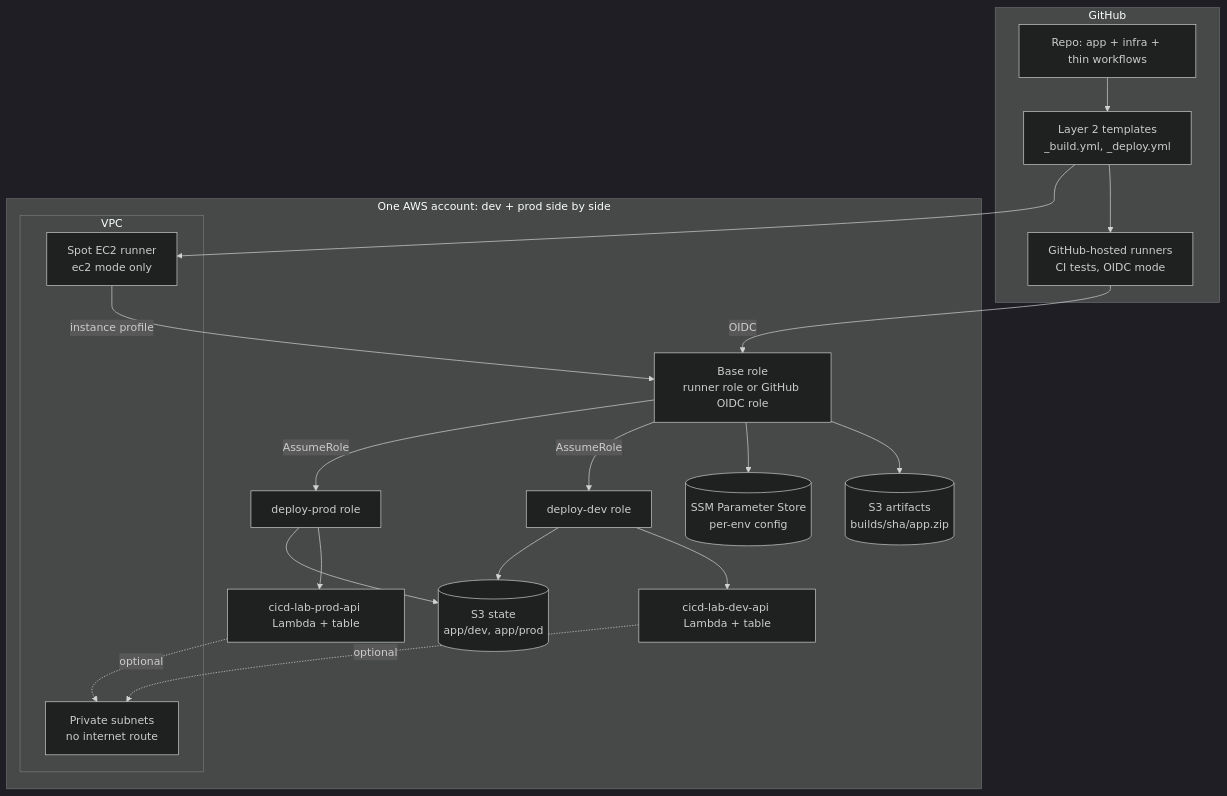
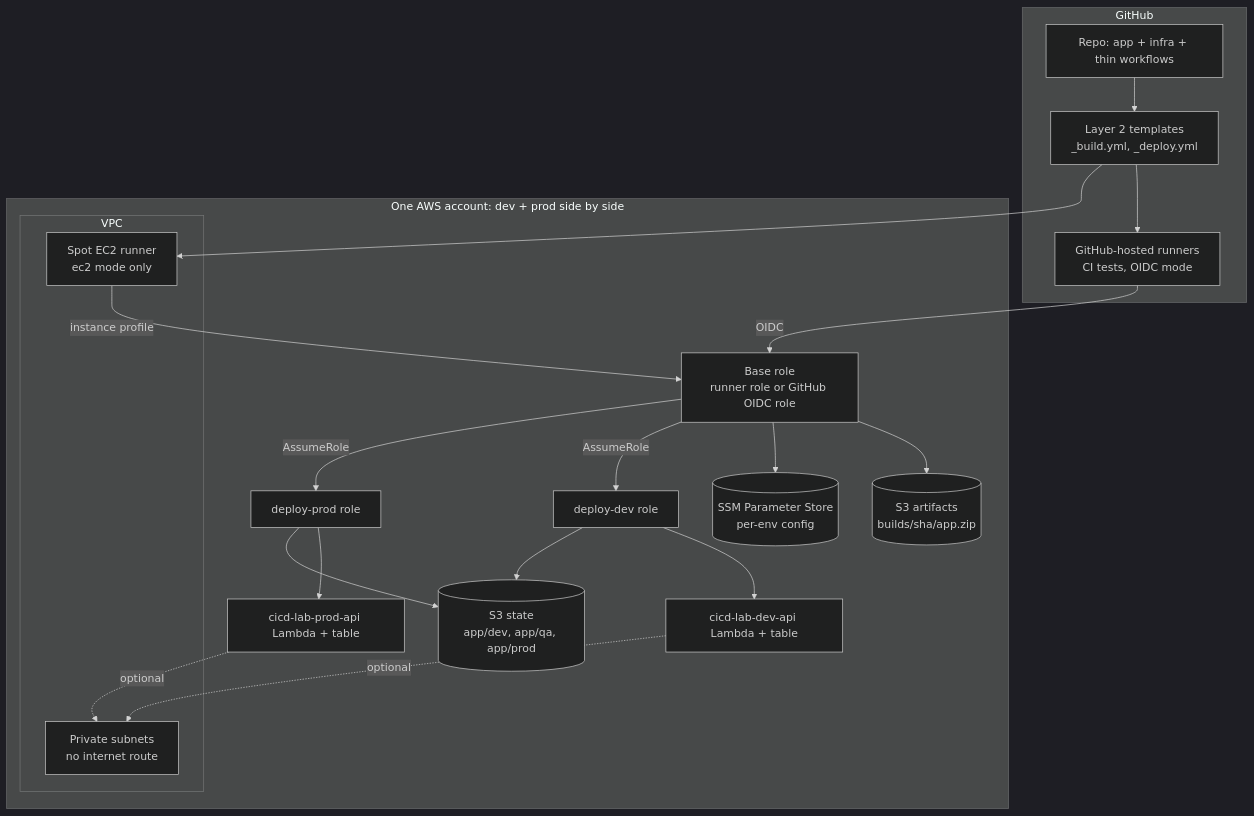
One commit to artyfartymarty/aws-cicd-pipeline changed the diagram in docs/vault/My pattern.md. Above: the diagram before and after it, drawn with Mermaid (dark theme). The commit also changed other lines of this file and 21 other files, not shown here.

````diff
--- a/docs/vault/My pattern.md
+++ b/docs/vault/My pattern.md
@@ -19,35 +19,35 @@
 ```mermaid
 flowchart TB
   subgraph GH[GitHub]
     repo[Repo: app + infra + thin workflows]
     tpl[Layer 2 templates<br/>_build.yml, _deploy.yml]
     ghr[GitHub-hosted runners<br/>CI tests, OIDC mode]
   end
   subgraph AWS[One AWS account: dev + prod side by side]
     subgraph VPC[VPC]
       runner[Spot EC2 runner<br/>ec2 mode only]
       priv[Private subnets<br/>no internet route]
     end
     art[(S3 artifacts<br/>builds/sha/app.zip)]
-    state[(S3 state<br/>app/dev, app/prod)]
+    state[(S3 state<br/>app/dev, app/qa, app/prod)]
     ssm[(SSM Parameter Store<br/>per-env config)]
     base[Base role<br/>runner role or GitHub OIDC role]
     ddev[deploy-dev role]
     dprod[deploy-prod role]
     lam_d[cicd-lab-dev-api Lambda + table]
     lam_p[cicd-lab-prod-api Lambda + table]
   end
   repo --> tpl
   tpl --> ghr
   tpl --> runner
   ghr -->|OIDC| base
   runner -->|instance profile| base
   base --> art
   base --> ssm
   base -->|AssumeRole| ddev --> lam_d
   base -->|AssumeRole| dprod --> lam_p
   ddev --> state
   dprod --> state
   lam_d -.->|optional| priv
   lam_p -.->|optional| priv
 ```
````
